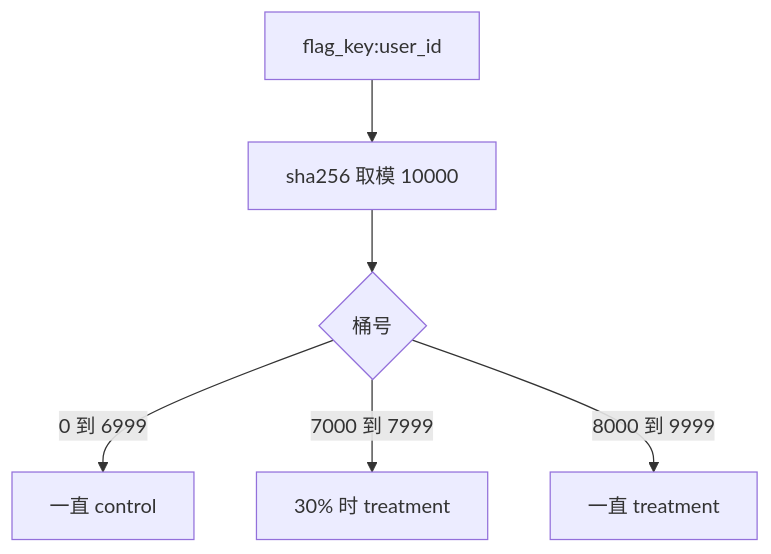
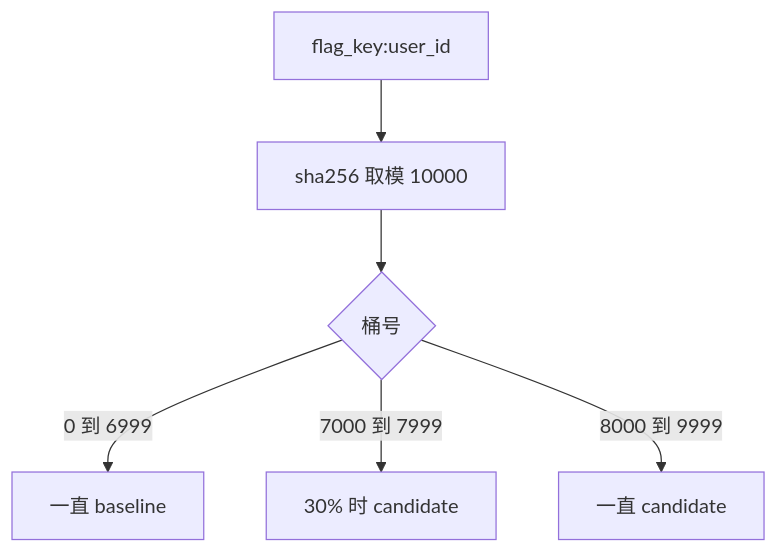
Before and after one commit to ChiChasesCheese/trellis: the diagram in vault/domains/low-level-design/cards/lcproject/lcp-feature-flag-reflection-stable-assignment.md, drawn with Mermaid. The commit also changed other lines of this file and 19 other files, not shown here.

````diff
--- a/vault/domains/low-level-design/cards/lcproject/lcp-feature-flag-reflection-stable-assignment.md
+++ b/vault/domains/low-level-design/cards/lcproject/lcp-feature-flag-reflection-stable-assignment.md
@@ -21,8 +21,8 @@
 ```mermaid
 flowchart TB
     A[flag_key:user_id] --> B[sha256 取模 10000]
     B --> C{桶号}
-    C -->|0 到 6999| D[一直 control]
-    C -->|7000 到 7999| E[30% 时 treatment]
-    C -->|8000 到 9999| F[一直 treatment]
+    C -->|0 到 6999| D[一直 baseline]
+    C -->|7000 到 7999| E[30% 时 candidate]
+    C -->|8000 到 9999| F[一直 candidate]
 ```
````
